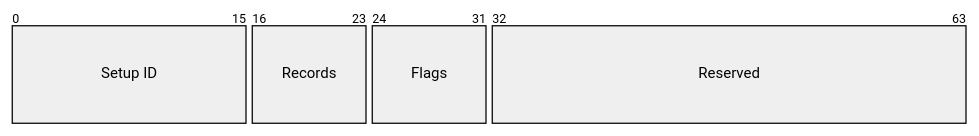
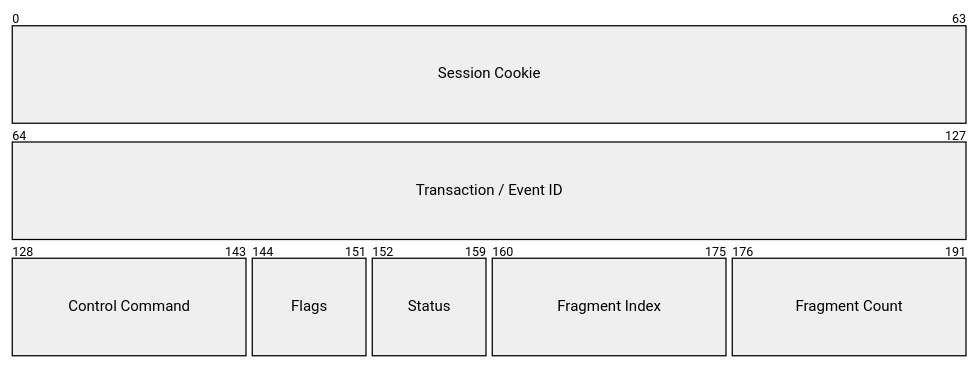
The fifth of 9 diagrams in docs/chapters/3-architecture/protocol.md (uniquadev/prism), drawn with Mermaid before and after one commit. The commit also changed other lines of this file and 30 other files, not shown here.

````diff
--- a/docs/chapters/3-architecture/protocol.md
+++ b/docs/chapters/3-architecture/protocol.md
@@ -369,8 +329,11 @@
 ```mermaid
 %%{init: {"packet": {"bitsPerRow": 64, "bitWidth": 12, "rowHeight": 78, "showBits": true}} }%%
 packet
-    +16: "Setup ID"
-    +8: "Records"
+    +64: "Session Cookie"
+    +64: "Transaction / Event ID"
+    +16: "Control Command"
     +8: "Flags"
-    +32: "Reserved"
+    +8: "Status"
+    +16: "Fragment Index"
+    +16: "Fragment Count"
 ```
````
